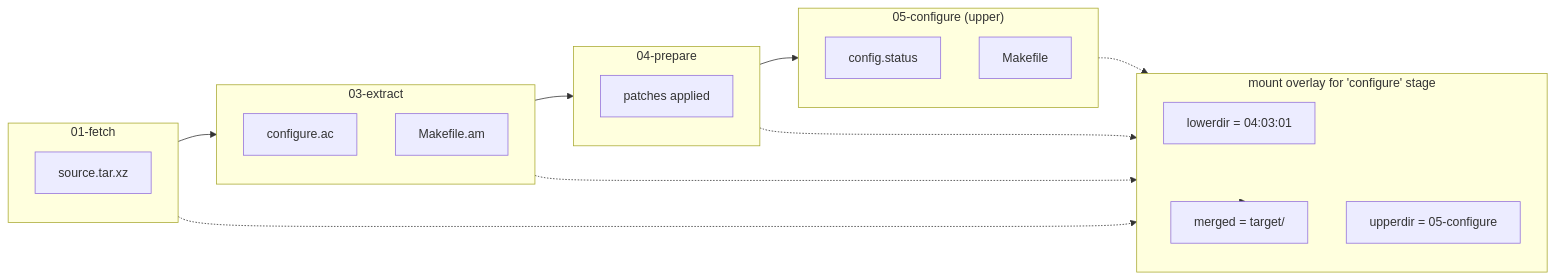
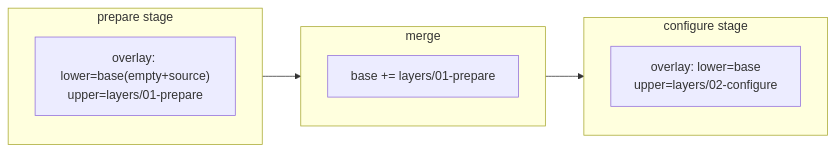
Before and after one commit to ming2k/wright: the second of 3 diagrams in docs/explanation/overlayfs-layers.md, drawn with Mermaid. The commit also changed other lines of this file and 15 other files, not shown here.

First line of the commit message:
feat(forge): merge stage deltas into base and mount overlays inside sandbox (ADR-0036)

````diff
--- a/docs/explanation/overlayfs-layers.md
+++ b/docs/explanation/overlayfs-layers.md
@@ -124,35 +94,14 @@
 ```mermaid
 flowchart LR
-    subgraph fetch ["01-fetch"]
-        F1["source.tar.xz"]
+    subgraph stage1 ["prepare stage"]
+        P1["overlay: lower=base(empty+source)<br/>upper=layers/01-prepare"]
+    end
+    subgraph merge1 ["merge"]
+        M1["base += layers/01-prepare"]
+    end
+    subgraph stage2 ["configure stage"]
+        C1["overlay: lower=base<br/>upper=layers/02-configure"]
     end
 
-    subgraph extract ["03-extract"]
-        E1["configure.ac"]
-        E2["Makefile.am"]
-    end
-
-    subgraph prepare ["04-prepare"]
-        P1["patches applied"]
-    end
-
-    subgraph configure ["05-configure (upper)"]
-        C1["config.status"]
-        C2["Makefile"]
-    end
-
-    fetch --> extract --> prepare --> configure
-
-    subgraph mount ["mount overlay for 'configure' stage"]
-        direction TB
-        M1["lowerdir = 04:03:01"]
-        M2["upperdir = 05-configure"]
-        M3["merged  = target/"]
-    end
-
-    prepare -.-> M1
-    extract -.-> M1
-    fetch -.-> M1
-    configure -.-> M2
-    mount --> M3
+    stage1 --> merge1 --> stage2
 ```
````
